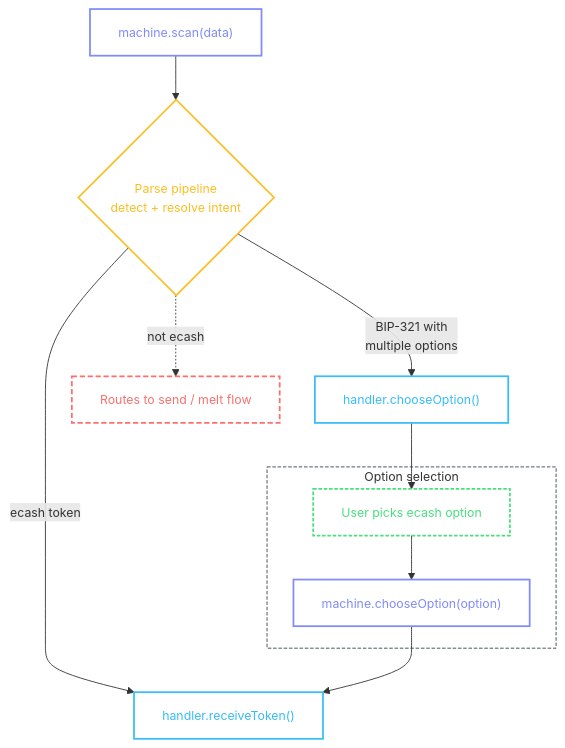
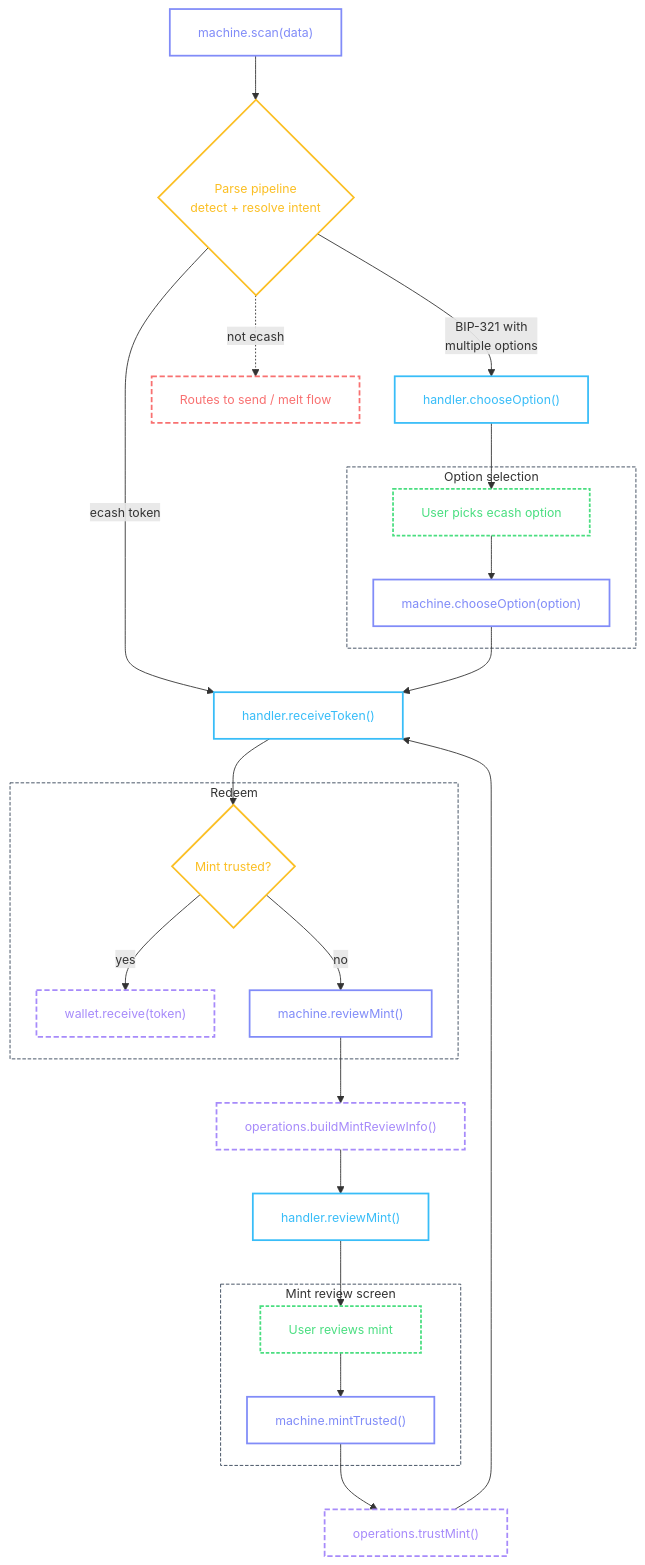
The first of 3 diagrams in coco-payment-ux/docs/flows/cashu-receive.md (SovranBitcoin/Sovran), drawn with Mermaid before and after one commit. The commit also changed other lines of this file and 41 other files, not shown here.

````diff
--- a/coco-payment-ux/docs/flows/cashu-receive.md
+++ b/coco-payment-ux/docs/flows/cashu-receive.md
@@ -7,39 +7,60 @@
 ```mermaid
 ---
 config:
   flowchart:
     padding: 16
     nodeSpacing: 40
     rankSpacing: 50
   themeVariables:
     fontSize: 14px
 ---
 flowchart TD
   start["machine.scan(data)"]:::method --> parse
 
   parse{"Parse pipeline\ndetect + resolve intent"}:::decision
   parse -- "ecash token" --> receiveToken
   parse -- "BIP-321 with\nmultiple options" --> chooseOption
   parse -. "not ecash" .-> other["Routes to send / melt flow"]:::error
 
   chooseOption["handler.chooseOption()"]:::handler
   chooseOption --> userPick
 
   subgraph optionScreen ["Option selection"]
     userPick["User picks ecash option"]:::user
     userPick --> optionSubmit["machine.chooseOption(option)"]:::method
   end
 
   optionSubmit --> receiveToken
 
   receiveToken["handler.receiveToken()"]:::handler
+  receiveToken --> redeemCheck
+
+  subgraph redeemFlow ["Redeem"]
+    redeemCheck{"Mint trusted?"}:::decision
+    redeemCheck -- "yes" --> redeem["wallet.receive(token)"]:::operation
+    redeemCheck -- "no" --> reviewMint
+  end
+
+  reviewMint["machine.reviewMint()"]:::method --> loadInfo
+  loadInfo["operations.buildMintReviewInfo()"]:::operation --> reviewHandler
+  reviewHandler["handler.reviewMint()"]:::handler --> userReview
+
+  subgraph reviewScreen ["Mint review screen"]
+    userReview["User reviews mint"]:::user
+    userReview --> trustAction["machine.mintTrusted()"]:::method
+  end
+
+  trustAction --> trustOp["operations.trustMint()"]:::operation
+  trustOp --> receiveToken
 
   classDef method fill:none,stroke:#818cf8,stroke-width:2px,color:#818cf8
   classDef handler fill:none,stroke:#38bdf8,stroke-width:2px,color:#38bdf8
   classDef operation fill:none,stroke:#a78bfa,stroke-width:2px,stroke-dasharray:6 3,color:#a78bfa
   classDef decision fill:none,stroke:#fbbf24,stroke-width:2px,color:#fbbf24
   classDef user fill:none,stroke:#4ade80,stroke-width:2px,stroke-dasharray:4 2,color:#4ade80
   classDef error fill:none,stroke:#f87171,stroke-width:2px,stroke-dasharray:6 3,color:#f87171
 
   style optionScreen fill:none,stroke:#334155,stroke-width:1px,stroke-dasharray:4 2
+  style redeemFlow fill:none,stroke:#334155,stroke-width:1px,stroke-dasharray:4 2
+  style reviewScreen fill:none,stroke:#334155,stroke-width:1px,stroke-dasharray:4 2
 ```
````
